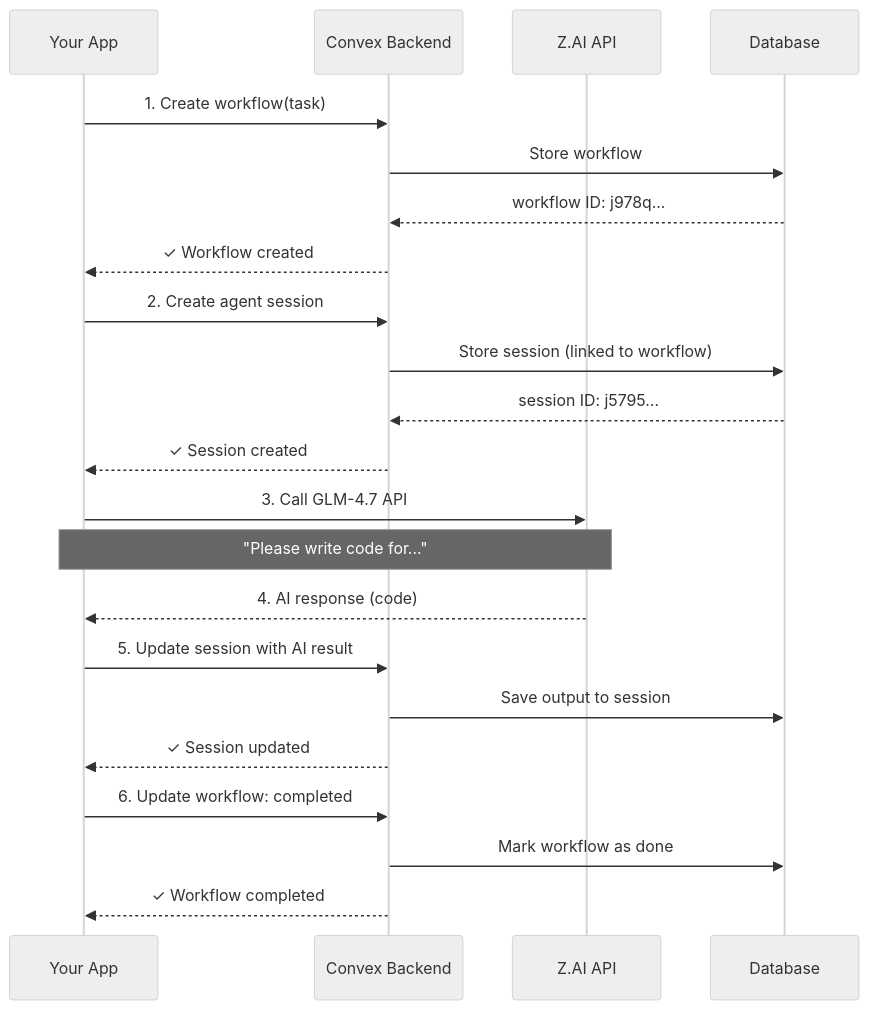
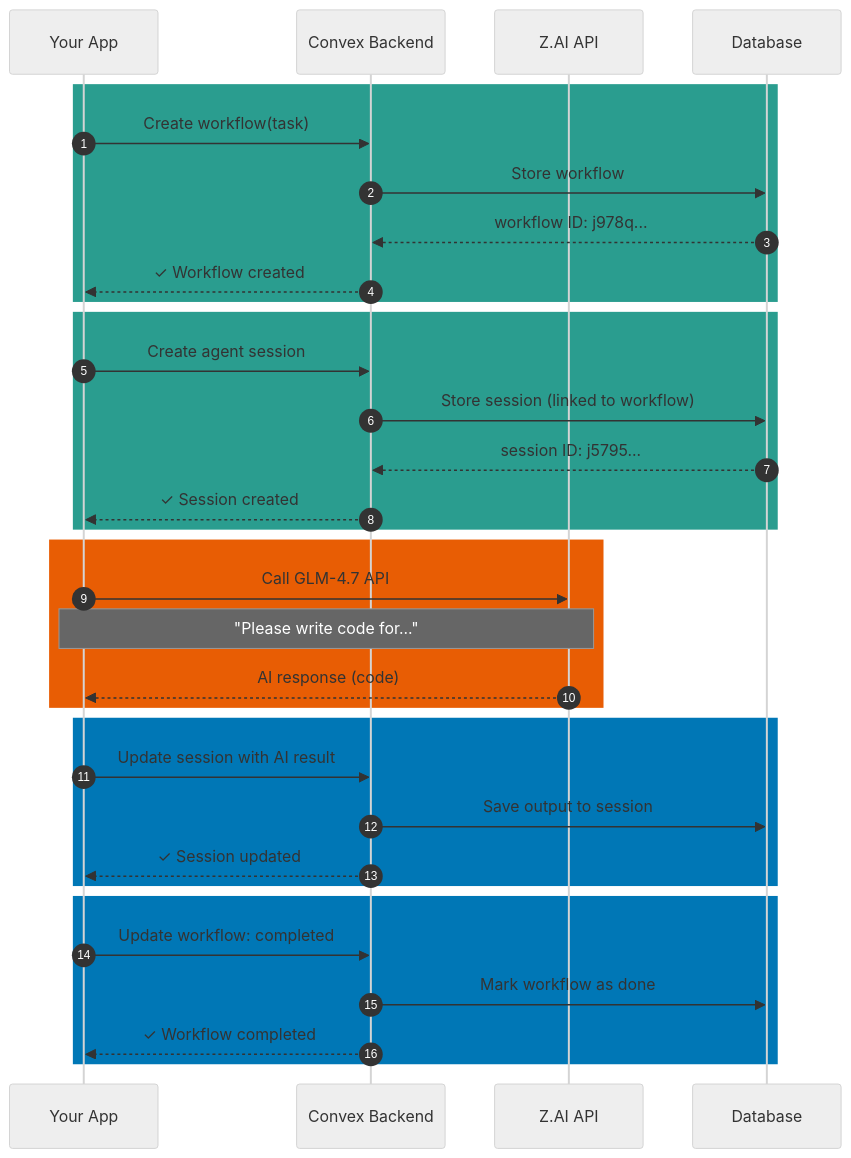
The second of 5 diagrams in docs/SETUP_GUIDE.md (whezagl/convex-poc), drawn with Mermaid (neutral theme) before and after one commit. The commit also changed other lines of this file, not shown here.

Commit message:
docs: fix Mermaid diagram color contrast for accessibility
Updated all diagrams to use accessible color palette:
- Dark backgrounds with white text (color:#fff)
- Thick 3px black borders (stroke:#000,stroke-width:3px)
- Color coding: Orange (backend), Blue (dashboard), Teal (success), Purple (storage)

Fixed diagrams:
- Architecture Diagram: Proper contrast for all nodes
- Sequence Diagram: Added colored phase blocks
- Test Flow Diagram: Added node styling
- Summary Diagram: Replaced pastel colors with accessible palette

````diff
--- a/docs/SETUP_GUIDE.md
+++ b/docs/SETUP_GUIDE.md
@@ -95,29 +96,40 @@
 ```mermaid
 sequenceDiagram
+    autonumber
     participant App as Your App
     participant Convex as Convex Backend
     participant ZAI as Z.AI API
     participant DB as Database
 
-    App->>Convex: 1. Create workflow(task)
-    Convex->>DB: Store workflow
-    DB-->>Convex: workflow ID: j978q...
-    Convex-->>App: ✓ Workflow created
+    rect rgb(42, 157, 143)
+        App->>Convex: Create workflow(task)
+        Convex->>DB: Store workflow
+        DB-->>Convex: workflow ID: j978q...
+        Convex-->>App: ✓ Workflow created
+    end
 
-    App->>Convex: 2. Create agent session
-    Convex->>DB: Store session (linked to workflow)
-    DB-->>Convex: session ID: j5795...
-    Convex-->>App: ✓ Session created
+    rect rgb(42, 157, 143)
+        App->>Convex: Create agent session
+        Convex->>DB: Store session (linked to workflow)
+        DB-->>Convex: session ID: j5795...
+        Convex-->>App: ✓ Session created
+    end
 
-    App->>ZAI: 3. Call GLM-4.7 API
-    Note over App,ZAI: "Please write code for..."
-    ZAI-->>App: 4. AI response (code)
+    rect rgb(232, 93, 4)
+        App->>ZAI: Call GLM-4.7 API
+        Note over App,ZAI: "Please write code for..."
+        ZAI-->>App: AI response (code)
+    end
 
-    App->>Convex: 5. Update session with AI result
-    Convex->>DB: Save output to session
-    Convex-->>App: ✓ Session updated
+    rect rgb(0, 119, 182)
+        App->>Convex: Update session with AI result
+        Convex->>DB: Save output to session
+        Convex-->>App: ✓ Session updated
+    end
 
-    App->>Convex: 6. Update workflow: completed
-    Convex->>DB: Mark workflow as done
-    Convex-->>App: ✓ Workflow completed
+    rect rgb(0, 119, 182)
+        App->>Convex: Update workflow: completed
+        Convex->>DB: Mark workflow as done
+        Convex-->>App: ✓ Workflow completed
+    end
 ```
````
